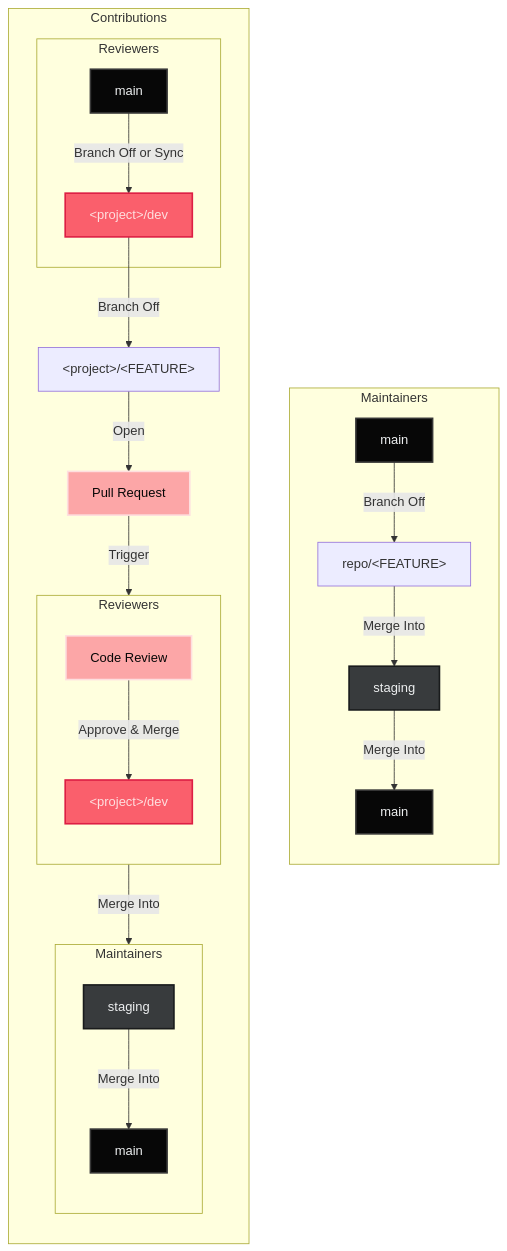
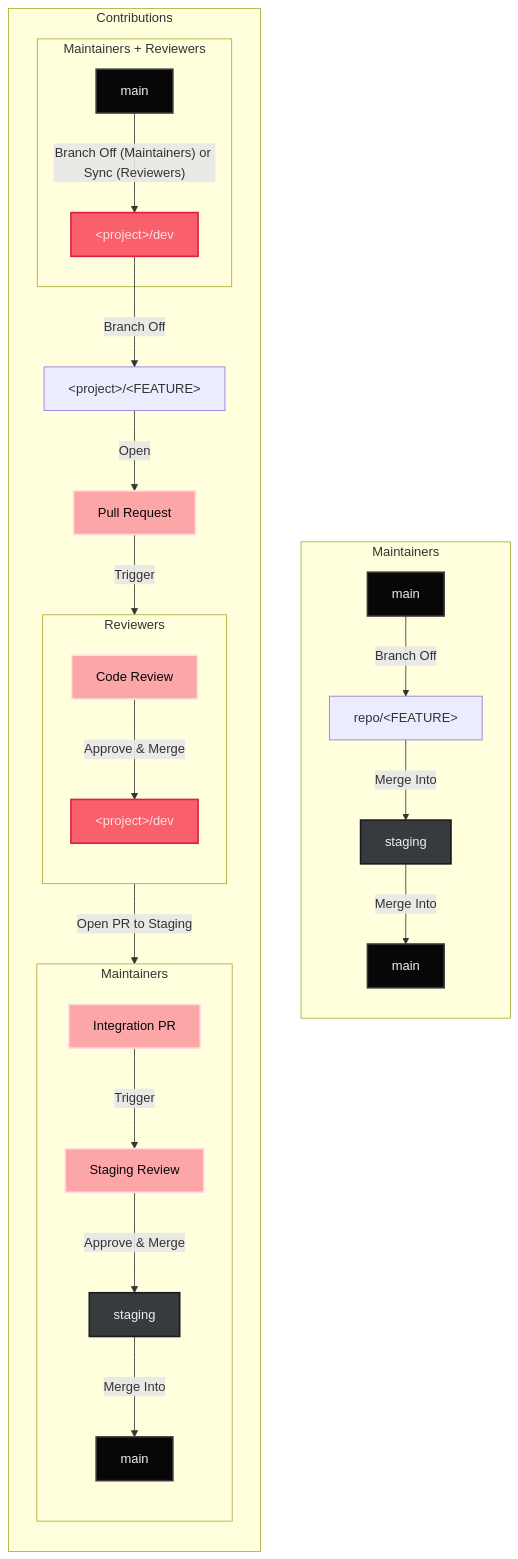
The first of 2 diagrams in README.md (AURobotics/UGVC-Rover-26), drawn with Mermaid before and after one commit.

Commit message:
Role clarifications in branch strategy graph

````diff
--- a/README.md
+++ b/README.md
@@ -32,43 +32,45 @@
 ```mermaid
 graph TD
 
     subgraph AdminTrack ["Maintainers"]
         direction TB
         MainStart1["main"] --> |Branch Off| MainFeature["repo/&lt;FEATURE&gt;"]
         MainFeature --> |Merge Into| Staging1["staging"]
         Staging1 -->|Merge Into| MainEnd1["main"]
     end
 
     subgraph ProjectTrack ["Contributions"]
         direction TB
-        subgraph ReviewerSyncSub ["Reviewers"]
-            MainStart2["main"] -->|Branch Off or Sync| ProjDev1["&lt;project&gt;/dev"]
+        subgraph ReviewerSyncSub ["Maintainers + Reviewers"]
+            MainStart2["main"] -->|Branch Off &lpar;Maintainers&rpar; or Sync &lpar;Reviewers&rpar;| ProjDev1["&lt;project&gt;/dev"]
         end
         ProjDev1 -->|Branch Off| ProjFeature["&lt;project&gt;/&lt;FEATURE&gt;"]
         ProjFeature -->|Open| PRStep["Pull Request"]
         
         subgraph ReviewerPrSub ["Reviewers"]
             direction TB
             ReviewStep["Code Review"] -->|Approve & Merge| ProjDev2["&lt;project&gt;/dev"]
         end
         
         subgraph DevMaintainers ["Maintainers"]
             direction TB
-            Staging2["staging"] -->|Merge Into| MainEnd2["main"]
+            StagingPR["Integration PR"] -->|Trigger| StagingReview["Staging Review"]
+            StagingReview -->|Approve & Merge| Staging2["staging"]
+            Staging2 -->|Merge Into| MainEnd2["main"]
         end
 
         PRStep -->|Trigger| ReviewStep
-        ProjDev2 -->|Merge Into| Staging2
+        ProjDev2 -->|Open PR to Staging| StagingPR
     end
 
     classDef mainBranch fill:#070707,stroke:#373737,stroke-width:2px,color:#EDEFF0;
     classDef stagingBranch fill:#383B3D,stroke:#191B1C,stroke-width:2px,color:#EDEFF0;
     classDef devBranch fill:#FA5F6C,stroke:#DD1F44,stroke-width:2px,color:#FEDFDF;
     classDef reviewNode fill:#FCA6A7,stroke:#FEDFDF,stroke-width:2px,color:#070707;
 
     class MainStart1,MainEnd1,MainStart2,MainEnd2 mainBranch
     class Staging1,Staging2 stagingBranch
     class ProjDev1,ProjDev2 devBranch
     class MainFeature,ProjFeature featureBranch
-    class PRStep,ReviewStep reviewNode
+    class PRStep,ReviewStep,StagingPR,StagingReview reviewNode
 ```
````
